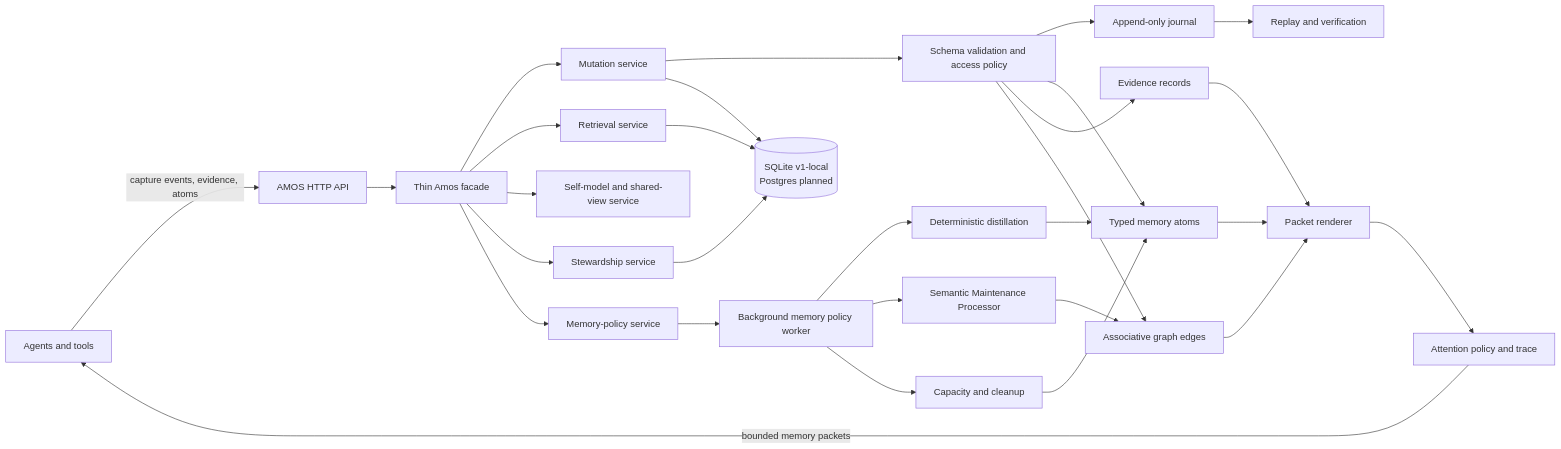
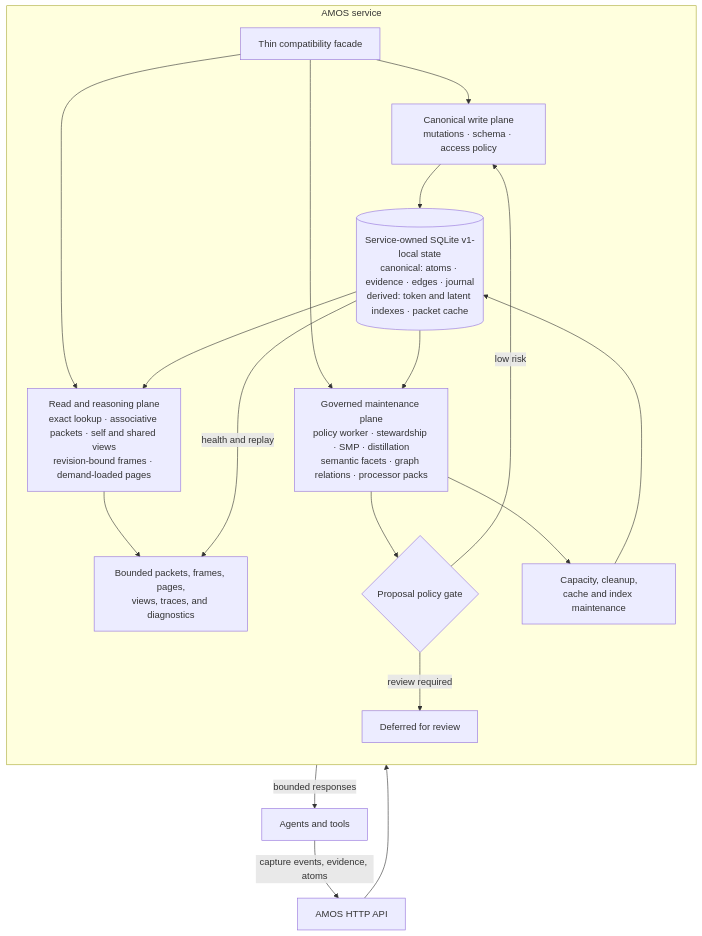
One commit to adegany/amos changed the diagram in README.md. Above: the diagram before and after it, drawn with Mermaid. The commit also changed other lines of this file and 1 other file, not shown here.

Commit message:
docs: align architecture and roadmap with current AMOS
- redraw the architecture around canonical write, reasoning, and governed maintenance planes
- highlight demand-paged reasoning and canonical semantic graph metadata
- separate shipped v1-local capabilities from hardening and future work

````diff
--- a/README.md
+++ b/README.md
@@ -23,31 +23,30 @@
 ```mermaid
-flowchart LR
+flowchart TB
     A[Agents and tools] -->|capture events, evidence, atoms| H[AMOS HTTP API]
-    H --> F[Thin Amos facade]
-    F --> MU[Mutation service]
-    F --> RE[Retrieval service]
-    F --> VW[Self-model and shared-view service]
-    F --> ST[Stewardship service]
-    F --> PO[Memory-policy service]
-    MU --> V[Schema validation and access policy]
-    V --> J[Append-only journal]
-    V --> M[Typed memory atoms]
-    V --> E[Evidence records]
-    V --> G[Associative graph edges]
-    J --> R[Replay and verification]
-    M --> P[Packet renderer]
-    E --> P
-    G --> P
-    PO --> W[Background memory policy worker]
-    W --> D[Deterministic distillation]
-    W --> SMP[Semantic Maintenance Processor]
-    W --> C[Capacity and cleanup]
-    D --> M
-    SMP --> G
-    C --> M
-    P --> AT[Attention policy and trace]
-    AT -->|bounded memory packets| A
-    MU --> DB[(SQLite v1-local\nPostgres planned)]
-    RE --> DB
-    ST --> DB
+    H --> F
+
+    subgraph AMOS[AMOS service]
+        direction TB
+        F[Thin compatibility facade]
+        W[Canonical write plane<br/>mutations · schema · access policy]
+        S[(Service-owned SQLite v1-local state<br/>canonical: atoms · evidence · edges · journal<br/>derived: token and latent indexes · packet cache)]
+        R[Read and reasoning plane<br/>exact lookup · associative packets · self and shared views<br/>revision-bound frames · demand-loaded pages]
+        O[Bounded packets, frames, pages,<br/>views, traces, and diagnostics]
+        M[Governed maintenance plane<br/>policy worker · stewardship · SMP · distillation<br/>semantic facets · graph relations · processor packs]
+        G{Proposal policy gate}
+        D[Deferred for review]
+        C[Capacity, cleanup,<br/>cache and index maintenance]
+
+        F --> W --> S
+        F --> R
+        S --> R --> O
+        F --> M
+        S --> M --> G
+        G -->|low risk| W
+        G -->|review required| D
+        M --> C --> S
+        S -->|health and replay| O
+    end
+
+    O -->|bounded responses| A
 ```
````
